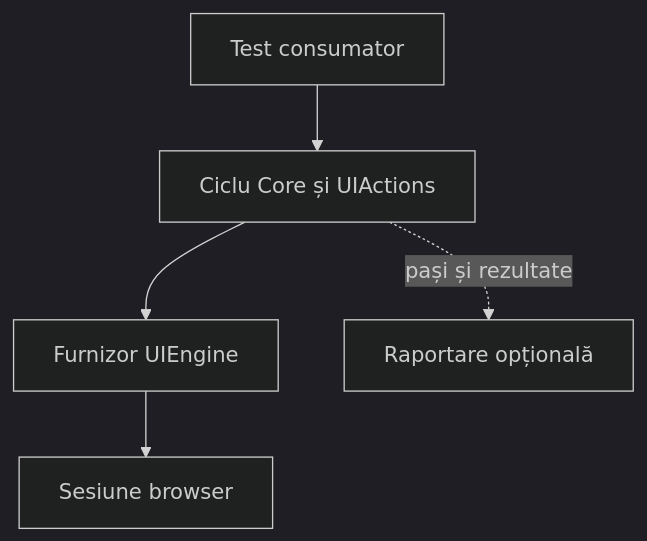
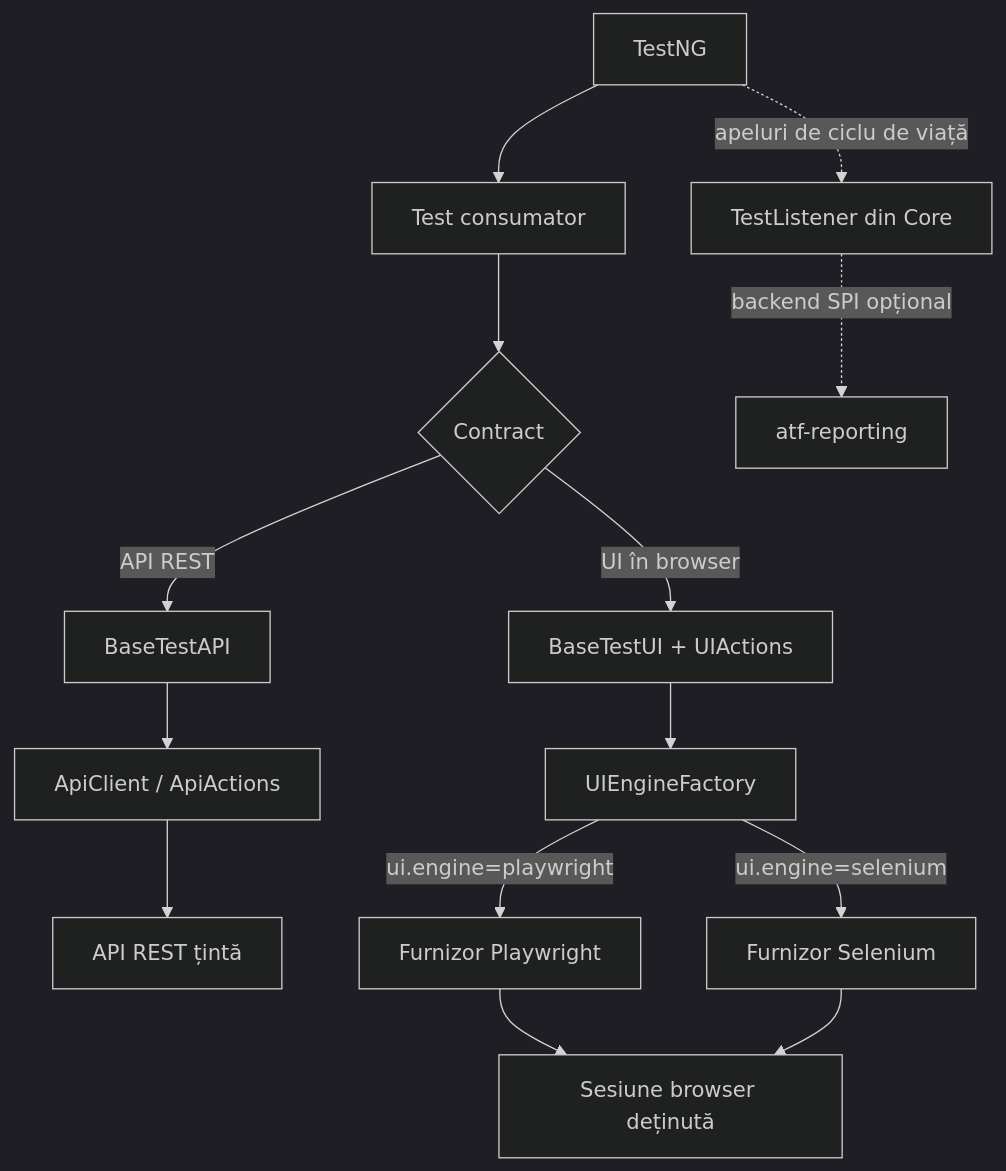
One commit to crististefanita/ATF_AI changed the second of 2 diagrams in README.md. Above: the diagram before and after it, drawn with Mermaid (dark theme). The commit also changed other lines of this file and 11 other files, not shown here.

````diff
--- a/README.md
+++ b/README.md
@@ -50,7 +37,16 @@
 ```mermaid
 flowchart TB
-    Test["Test consumator"] --> Core["Ciclu Core și UIActions"]
-    Core --> Engine["Furnizor UIEngine"]
-    Engine --> Browser["Sesiune browser"]
-    Core -. pași și rezultate .-> Reports["Raportare opțională"]
+    Runner["TestNG"] --> Test["Test consumator"]
+    Test --> Route{"Contract"}
+    Route -->|"API REST"| Api["BaseTestAPI"]
+    Api --> Client["ApiClient / ApiActions"]
+    Client --> Service["API REST țintă"]
+    Route -->|"UI în browser"| Ui["BaseTestUI + UIActions"]
+    Ui --> Factory["UIEngineFactory"]
+    Factory -->|"ui.engine=playwright"| Playwright["Furnizor Playwright"]
+    Factory -->|"ui.engine=selenium"| Selenium["Furnizor Selenium"]
+    Playwright --> Browser["Sesiune browser deținută"]
+    Selenium --> Browser
+    Runner -. apeluri de ciclu de viață .-> Listener["TestListener din Core"]
+    Listener -. backend SPI opțional .-> Reporting["atf-reporting"]
 ```
````
